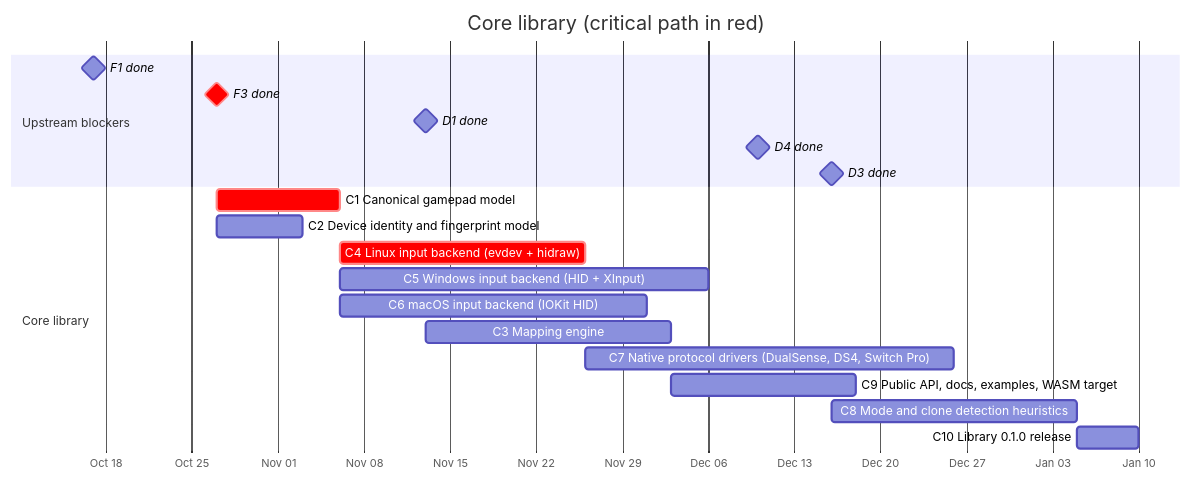
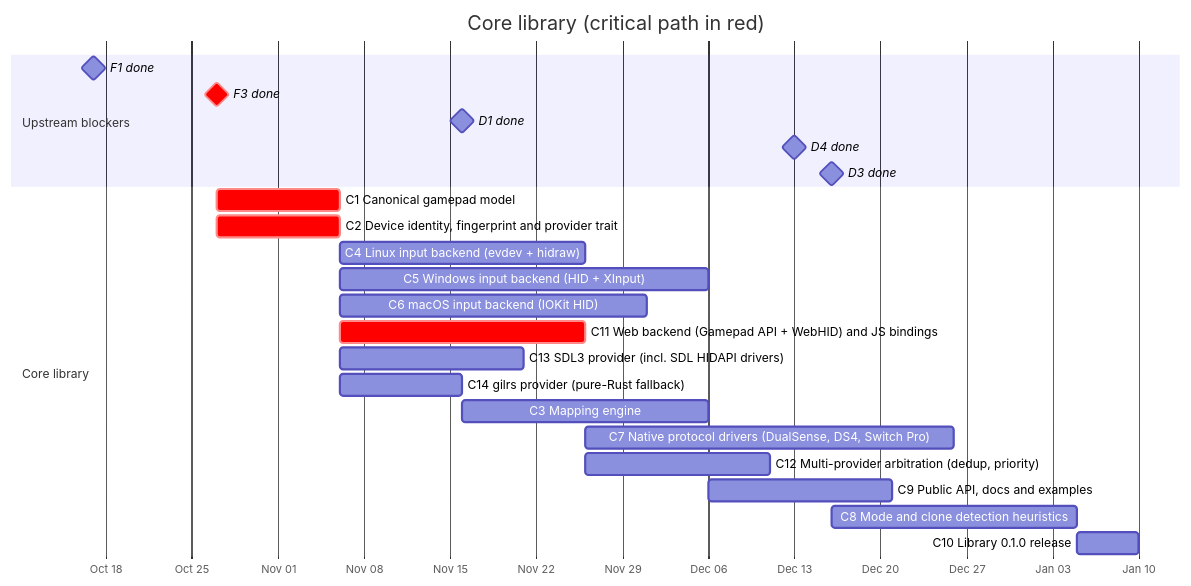
One commit to anygamepad/anygamepad.github.io changed the diagram in ROADMAP/2026-10-10/01-core-library.md. Above: the diagram before and after it, drawn with Mermaid. The commit also changed other lines of this file and 9 other files, not shown here.

First line of the commit message:
Re-plan roadmap: web first, library via WASM, multi-provider input

````diff
--- a/ROADMAP/2026-10-10/01-core-library.md
+++ b/ROADMAP/2026-10-10/01-core-library.md
@@ -11,23 +15,27 @@
 ```mermaid
 gantt
     dateFormat YYYY-MM-DD
     axisFormat %b %d
     title Core library (critical path in red)
     section Upstream blockers
     F1 done :milestone, f1, 2026-10-17, 0d
     F3 done :milestone, crit, f3, 2026-10-27, 0d
-    D1 done :milestone, d1, 2026-11-13, 0d
-    D4 done :milestone, d4, 2026-12-10, 0d
+    D1 done :milestone, d1, 2026-11-16, 0d
+    D4 done :milestone, d4, 2026-12-13, 0d
     D3 done :milestone, d3, 2026-12-16, 0d
     section Core library
     C1 Canonical gamepad model :crit, c1, after f1 f3, 10d
-    C2 Device identity and fingerprint model :c2, after f3, 7d
-    C4 Linux input backend (evdev + hidraw) :crit, c4, after c1 c2, 20d
+    C2 Device identity, fingerprint and provider trait :crit, c2, after f3, 10d
+    C4 Linux input backend (evdev + hidraw) :c4, after c1 c2, 20d
     C5 Windows input backend (HID + XInput) :c5, after c1 c2, 30d
     C6 macOS input backend (IOKit HID) :c6, after c1 c2, 25d
+    C11 Web backend (Gamepad API + WebHID) and JS bindings :crit, c11, after c1 c2, 20d
+    C13 SDL3 provider (incl. SDL HIDAPI drivers) :c13, after c1 c2, 15d
+    C14 gilrs provider (pure-Rust fallback) :c14, after c1 c2, 10d
     C3 Mapping engine :c3, after c1 d1, 20d
     C7 Native protocol drivers (DualSense, DS4, Switch Pro) :c7, after c4, 30d
-    C9 Public API, docs, examples, WASM target :c9, after c3, 15d
+    C12 Multi-provider arbitration (dedup, priority) :c12, after c4 c13, 15d
+    C9 Public API, docs and examples :c9, after c3, 15d
     C8 Mode and clone detection heuristics :c8, after c3 c4 d3, 20d
-    C10 Library 0.1.0 release :c10, after c5 c6 c7 c8 c9 d4, 5d
+    C10 Library 0.1.0 release :c10, after c5 c6 c7 c8 c9 c11 c12 c14 d4, 5d
 ```
````
